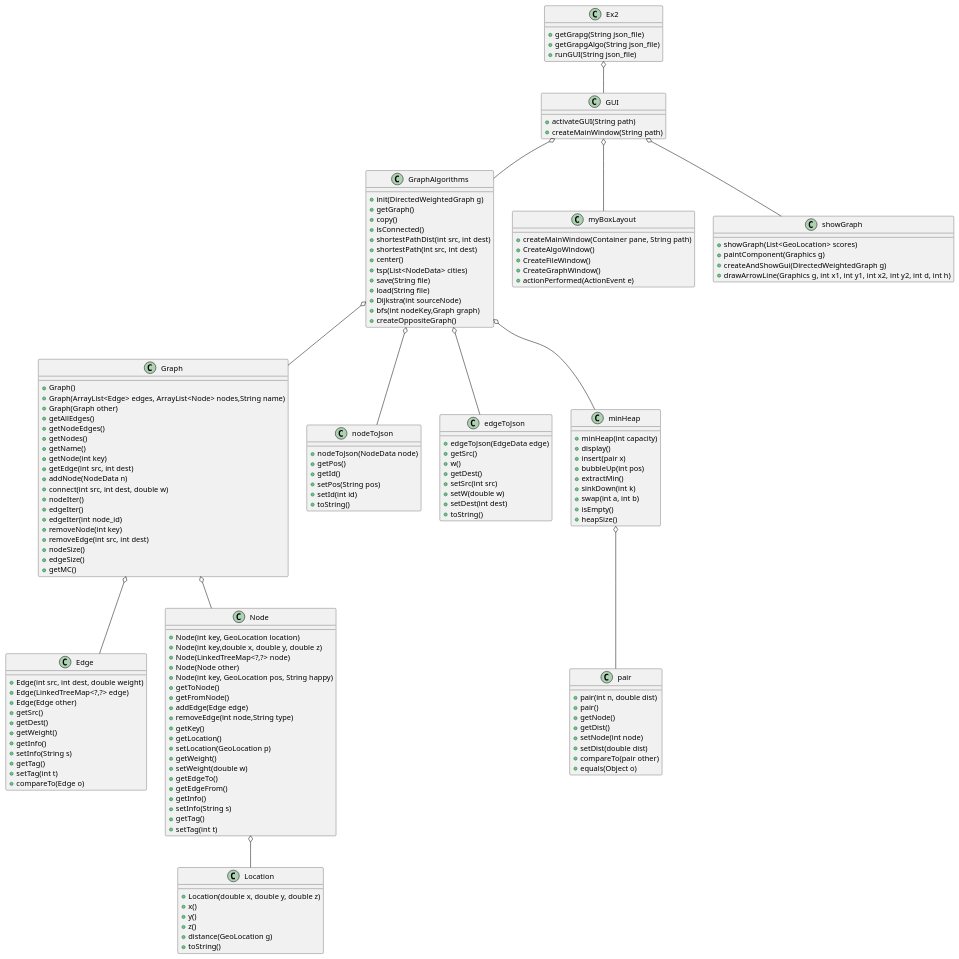
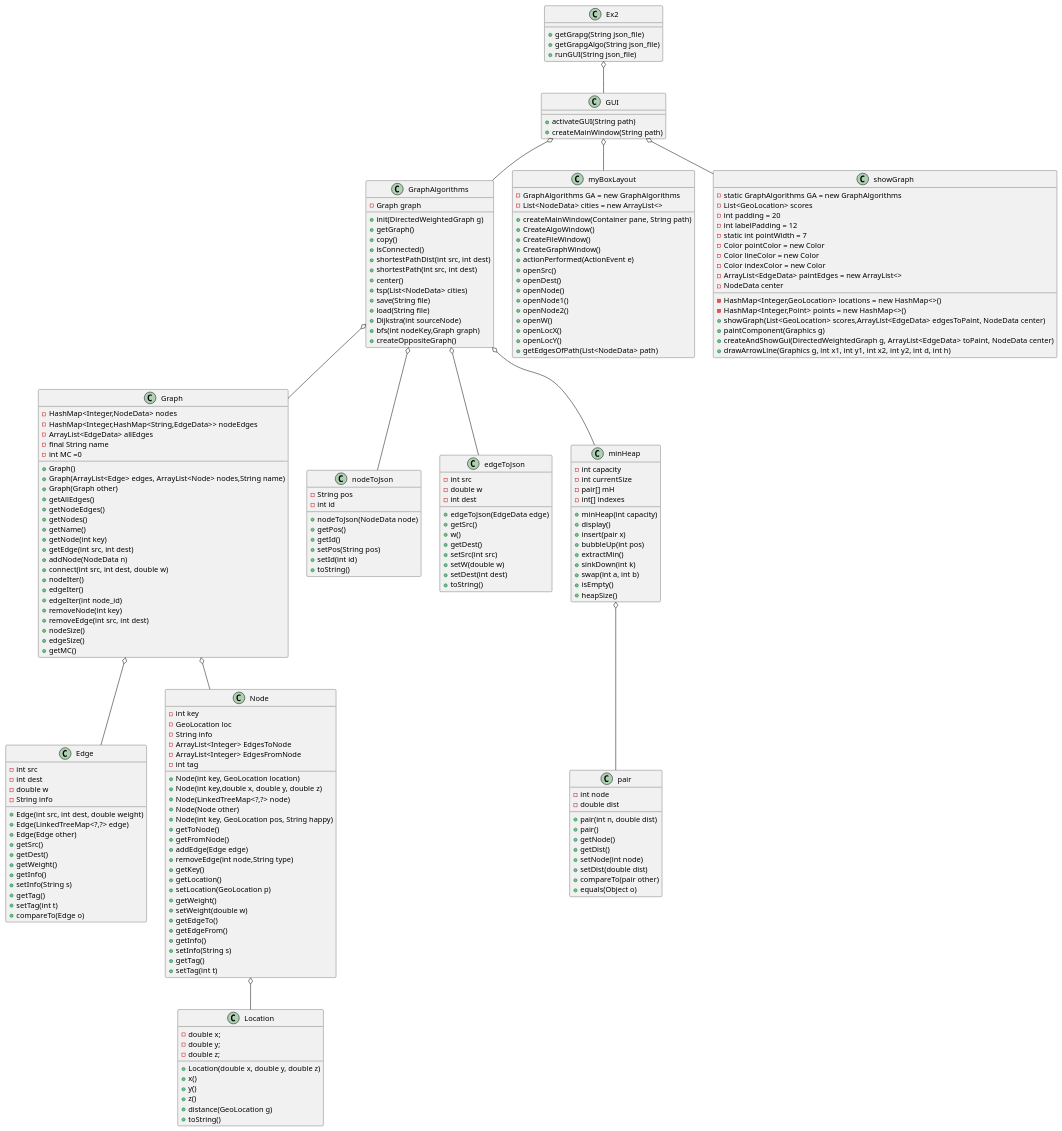
One commit to TaliaSeada/Ex2_OOP changed the diagram in Diagram.puml. Above: the diagram before and after it, drawn with PlantUML. The commit also changed 2 other files, not shown here.

Commit message:
UML update, ReadMe update

```diff
--- a/Diagram.puml
+++ b/Diagram.puml
@@ -25,6 +25,7 @@
 }
 
 class GraphAlgorithms {
+-Graph graph
 +init(DirectedWeightedGraph g)
 +getGraph()
 +copy()
@@ -41,21 +42,50 @@
 }
 
 class myBoxLayout {
+-GraphAlgorithms GA = new GraphAlgorithms
+-List<NodeData> cities = new ArrayList<>
 +createMainWindow(Container pane, String path)
 +CreateAlgoWindow()
 +CreateFileWindow()
 +CreateGraphWindow()
 +actionPerformed(ActionEvent e)
++openSrc()
++openDest()
++openNode()
++openNode1()
++openNode2()
++openW()
++openLocX()
++openLocY()
++getEdgesOfPath(List<NodeData> path)
+
 }
 
 class showGraph {
-+showGraph(List<GeoLocation> scores)
+-static GraphAlgorithms GA = new GraphAlgorithms
+-List<GeoLocation> scores
+- int padding = 20
+- int labelPadding = 12
+- static int pointWidth = 7
+- Color pointColor = new Color
+- Color lineColor = new Color
+- Color indexColor = new Color
+- ArrayList<EdgeData> paintEdges = new ArrayList<>
+- NodeData center
+- HashMap<Integer,GeoLocation> locations = new HashMap<>()
+- HashMap<Integer,Point> points = new HashMap<>()
++showGraph(List<GeoLocation> scores,ArrayList<EdgeData> edgesToPaint, NodeData center)
 +paintComponent(Graphics g)
-+createAndShowGui(DirectedWeightedGraph g)
++createAndShowGui(DirectedWeightedGraph g, ArrayList<EdgeData> toPaint, NodeData center)
 +drawArrowLine(Graphics g, int x1, int y1, int x2, int y2, int d, int h)
 }
 
 class Graph {
+-HashMap<Integer,NodeData> nodes
+-HashMap<Integer,HashMap<String,EdgeData>> nodeEdges
+-ArrayList<EdgeData> allEdges
+-final String name
+-int MC =0
 +Graph()
 +Graph(ArrayList<Edge> edges, ArrayList<Node> nodes,String name)
 +Graph(Graph other)
@@ -78,6 +108,8 @@
 }
 
 class nodeToJson {
+- String pos
+- int id
 +nodeToJson(NodeData node)
 +getPos()
 +getId()
@@ -87,6 +119,9 @@
 }
 
 class edgeToJson {
+- int src
+- double w
+- int dest
 +edgeToJson(EdgeData edge)
 +getSrc()
 +w()
@@ -98,6 +133,10 @@
 }
 
 class minHeap {
+ - int capacity
+ - int currentSize
+ - pair[] mH
+ - int[] indexes
 +minHeap(int capacity)
 +display()
 +insert(pair x)
@@ -110,6 +149,8 @@
 }
 
 class pair {
+-int node
+-double dist
 +pair(int n, double dist)
 +pair()
 +getNode()
@@ -121,6 +162,12 @@
 }
 
 class Node {
+-int key
+-GeoLocation loc
+-String info
+-ArrayList<Integer> EdgesToNode
+-ArrayList<Integer> EdgesFromNode
+-int tag
 +Node(int key, GeoLocation location)
 +Node(int key,double x, double y, double z)
 +Node(LinkedTreeMap<?,?> node)
@@ -144,6 +191,10 @@
 }
 
 class Edge {
+-int src
+-int dest
+-double w
+-String info
 +Edge(int src, int dest, double weight)
 +Edge(LinkedTreeMap<?,?> edge)
 +Edge(Edge other)
@@ -158,6 +209,9 @@
 }
 
 class Location {
+-double x;
+-double y;
+- double z;
 +Location(double x, double y, double z)
 +x()
 +y()
```
